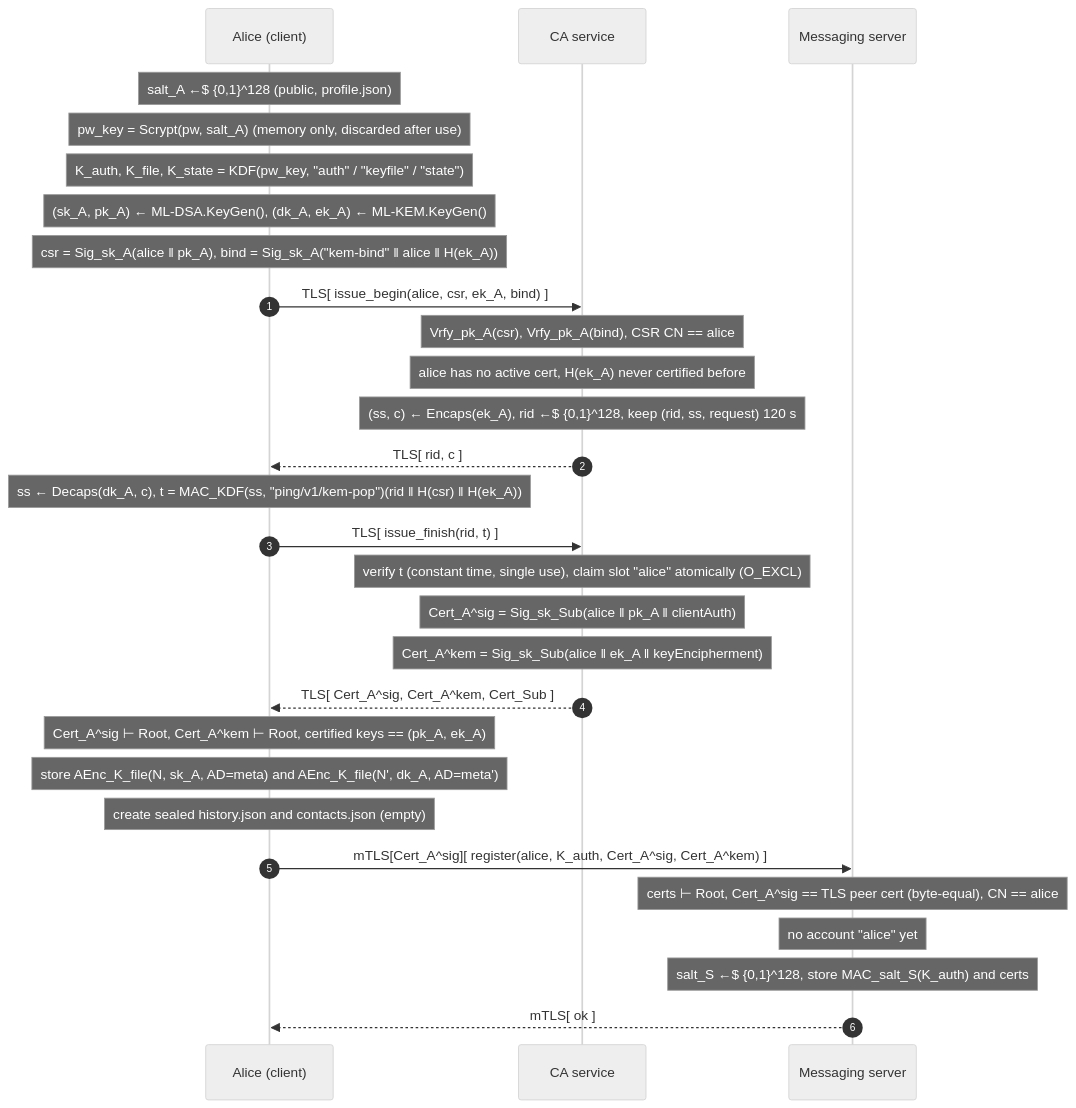
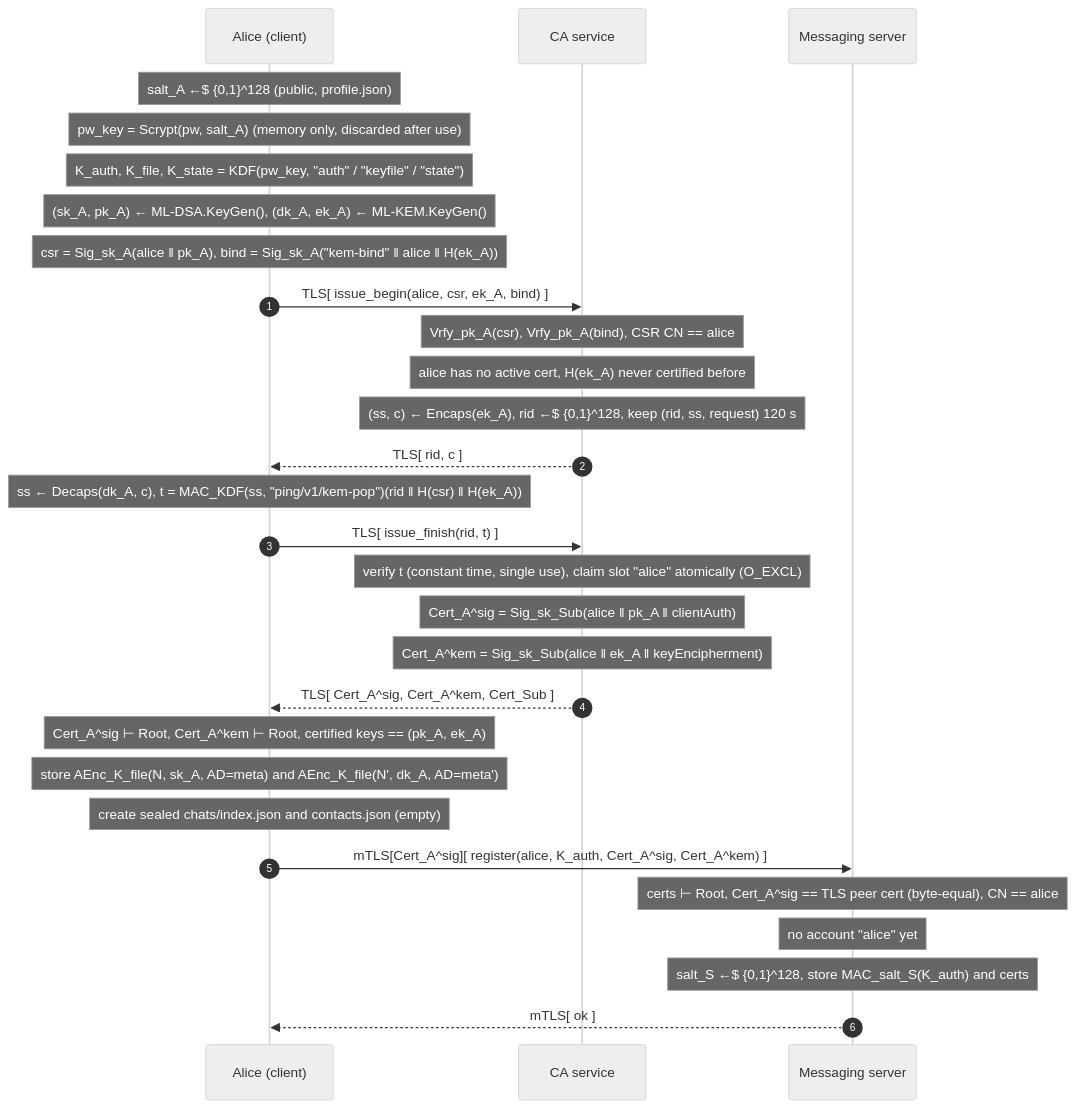
One commit to darthrevan030/ping-secure-messenger changed the third of 5 diagrams in plan.md. Above: the diagram before and after it, drawn with Mermaid (neutral theme). The commit also changed other lines of this file, not shown here.

Commit message:
docs(plan): include chat history feature

````diff
--- a/plan.md
+++ b/plan.md
@@ -136,31 +137,31 @@
 ```mermaid
 sequenceDiagram
   autonumber
   participant A as Alice (client)
   participant CA as CA service
   participant S as Messaging server
   Note over A: salt_A ←$ {0,1}^128 (public, profile.json)
   Note over A: pw_key = Scrypt(pw, salt_A) (memory only, discarded after use)
   Note over A: K_auth, K_file, K_state = KDF(pw_key, "auth" / "keyfile" / "state")
   Note over A: (sk_A, pk_A) ← ML-DSA.KeyGen(), (dk_A, ek_A) ← ML-KEM.KeyGen()
   Note over A: csr = Sig_sk_A(alice ‖ pk_A), bind = Sig_sk_A("kem-bind" ‖ alice ‖ H(ek_A))
   A->>CA: TLS[ issue_begin(alice, csr, ek_A, bind) ]
   Note over CA: Vrfy_pk_A(csr), Vrfy_pk_A(bind), CSR CN == alice
   Note over CA: alice has no active cert, H(ek_A) never certified before
   Note over CA: (ss, c) ← Encaps(ek_A), rid ←$ {0,1}^128, keep (rid, ss, request) 120 s
   CA-->>A: TLS[ rid, c ]
   Note over A: ss ← Decaps(dk_A, c), t = MAC_KDF(ss, "ping/v1/kem-pop")(rid ‖ H(csr) ‖ H(ek_A))
   A->>CA: TLS[ issue_finish(rid, t) ]
   Note over CA: verify t (constant time, single use), claim slot "alice" atomically (O_EXCL)
   Note over CA: Cert_A^sig = Sig_sk_Sub(alice ‖ pk_A ‖ clientAuth)
   Note over CA: Cert_A^kem = Sig_sk_Sub(alice ‖ ek_A ‖ keyEncipherment)
   CA-->>A: TLS[ Cert_A^sig, Cert_A^kem, Cert_Sub ]
   Note over A: Cert_A^sig ⊢ Root, Cert_A^kem ⊢ Root, certified keys == (pk_A, ek_A)
   Note over A: store AEnc_K_file(N, sk_A, AD=meta) and AEnc_K_file(N', dk_A, AD=meta')
-  Note over A: create sealed history.json and contacts.json (empty)
+  Note over A: create sealed chats/index.json and contacts.json (empty)
   A->>S: mTLS[Cert_A^sig][ register(alice, K_auth, Cert_A^sig, Cert_A^kem) ]
   Note over S: certs ⊢ Root, Cert_A^sig == TLS peer cert (byte-equal), CN == alice
   Note over S: no account "alice" yet
   Note over S: salt_S ←$ {0,1}^128, store MAC_salt_S(K_auth) and certs
   S-->>A: mTLS[ ok ]
 ```
````
